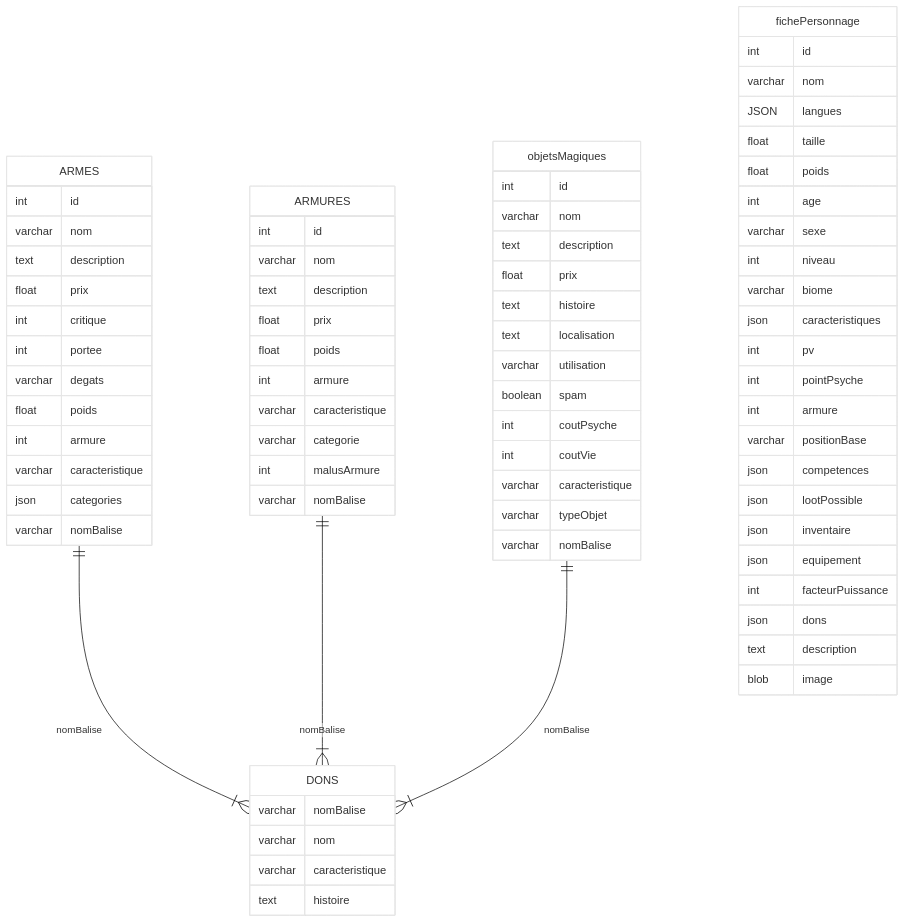
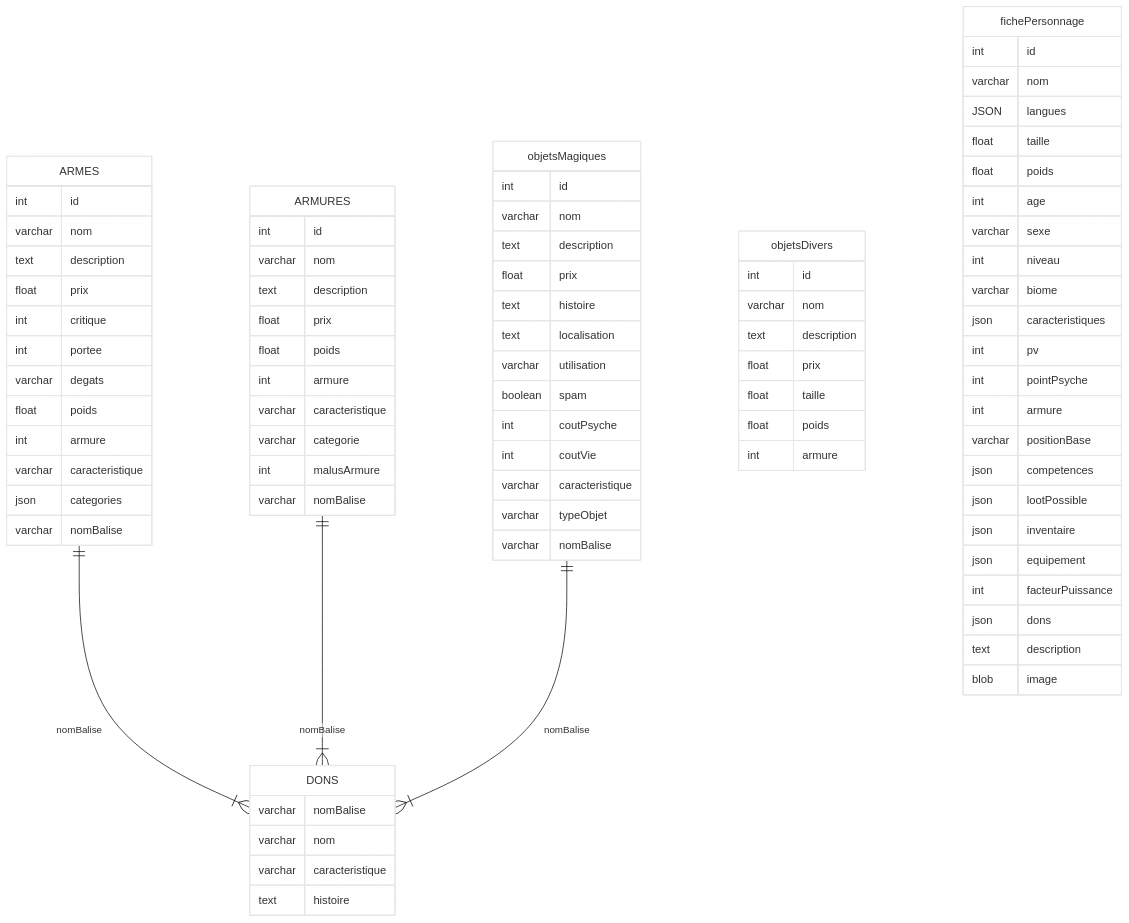
The diagram in README.md (Natounet/Aventure-Cie), drawn with Mermaid before and after one commit.

Commit message:
Ajout de la table objetsDivers

```diff
--- a/README.md
+++ b/README.md
@@ -92,6 +92,17 @@
     varchar nomBalise
 }
 
+objetsDivers{
+    int id
+    varchar nom
+    text description
+    float prix
+    float taille
+    float poids
+    int armure
+    
+}
+
 fichePersonnage{
     int id
     varchar nom
```
